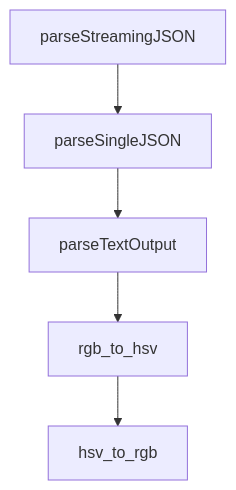
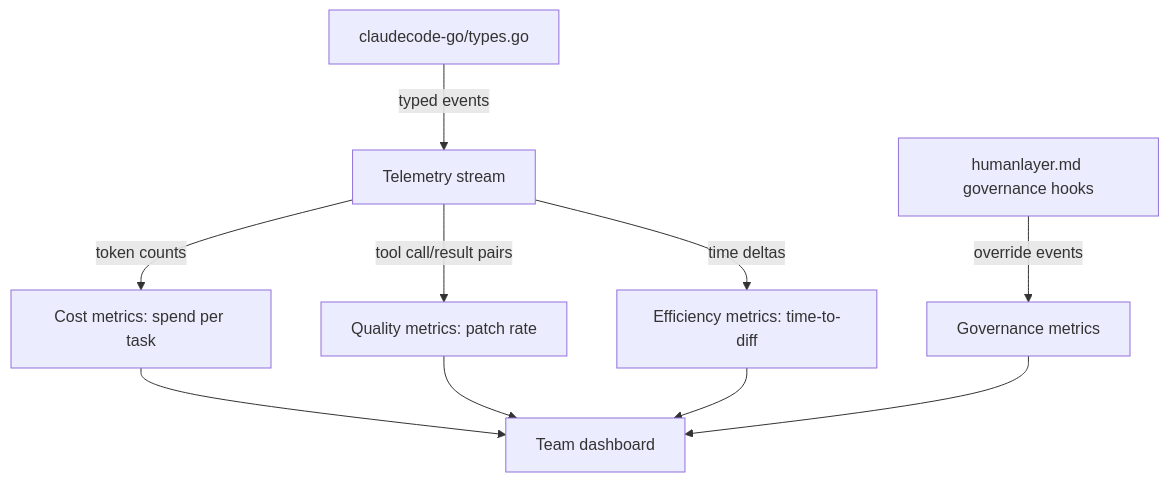
Before and after one commit to johnxie/awesome-code-docs: the diagram in tutorials/humanlayer-tutorial/07-telemetry-cost-and-team-governance.md, drawn with Mermaid. The commit also changed other lines of this file and 1232 other files, not shown here.

````diff
--- a/tutorials/humanlayer-tutorial/07-telemetry-cost-and-team-governance.md
+++ b/tutorials/humanlayer-tutorial/07-telemetry-cost-and-team-governance.md
@@ -202,12 +43,12 @@
 ```mermaid
 flowchart TD
-    A[parseStreamingJSON]
-    B[parseSingleJSON]
-    C[parseTextOutput]
-    D[rgb_to_hsv]
-    E[hsv_to_rgb]
-    A --> B
-    B --> C
-    C --> D
-    D --> E
+    A[claudecode-go/types.go] -->|typed events| B[Telemetry stream]
+    B -->|token counts| C[Cost metrics: spend per task]
+    B -->|tool call/result pairs| D[Quality metrics: patch rate]
+    B -->|time deltas| E[Efficiency metrics: time-to-diff]
+    F[humanlayer.md governance hooks] -->|override events| G[Governance metrics]
+    C --> H[Team dashboard]
+    D --> H
+    E --> H
+    G --> H
 ```
````
